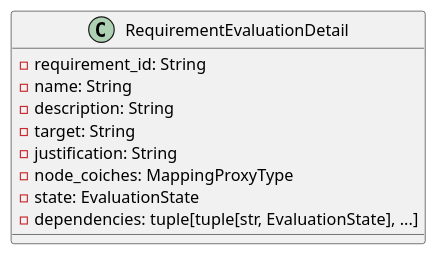
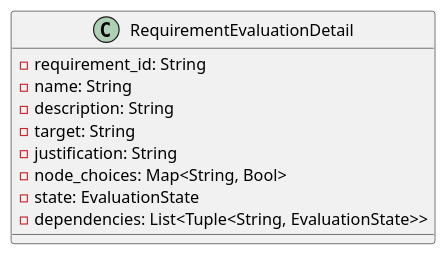
The diagram in src/PB/DocumentazioneEsterna/Specifica_Tecnica/content/uml/puml/Diagrammi_classi/Backend/Domain/RequirementEvaluationDetail.puml (GroupRubberDuck/Documentazione), drawn with PlantUML before and after one commit. The commit also changed 24 other files, not shown here.

```diff
--- a/src/PB/DocumentazioneEsterna/Specifica_Tecnica/content/uml/puml/Diagrammi_classi/Backend/Domain/RequirementEvaluationDetail.puml
+++ b/src/PB/DocumentazioneEsterna/Specifica_Tecnica/content/uml/puml/Diagrammi_classi/Backend/Domain/RequirementEvaluationDetail.puml
@@ -1,14 +1,14 @@
 @startuml RequirementEvaluationDetail
 
 class RequirementEvaluationDetail {
     - requirement_id: String
     - name: String
     - description: String
     - target: String
     - justification: String
-    - node_coiches: MappingProxyType
+    - node_choices: Map<String, Bool>
     - state: EvaluationState
-    - dependencies: tuple[tuple[str, EvaluationState], ...]
+    - dependencies: List<Tuple<String, EvaluationState>>
 }
 
 @enduml
```
